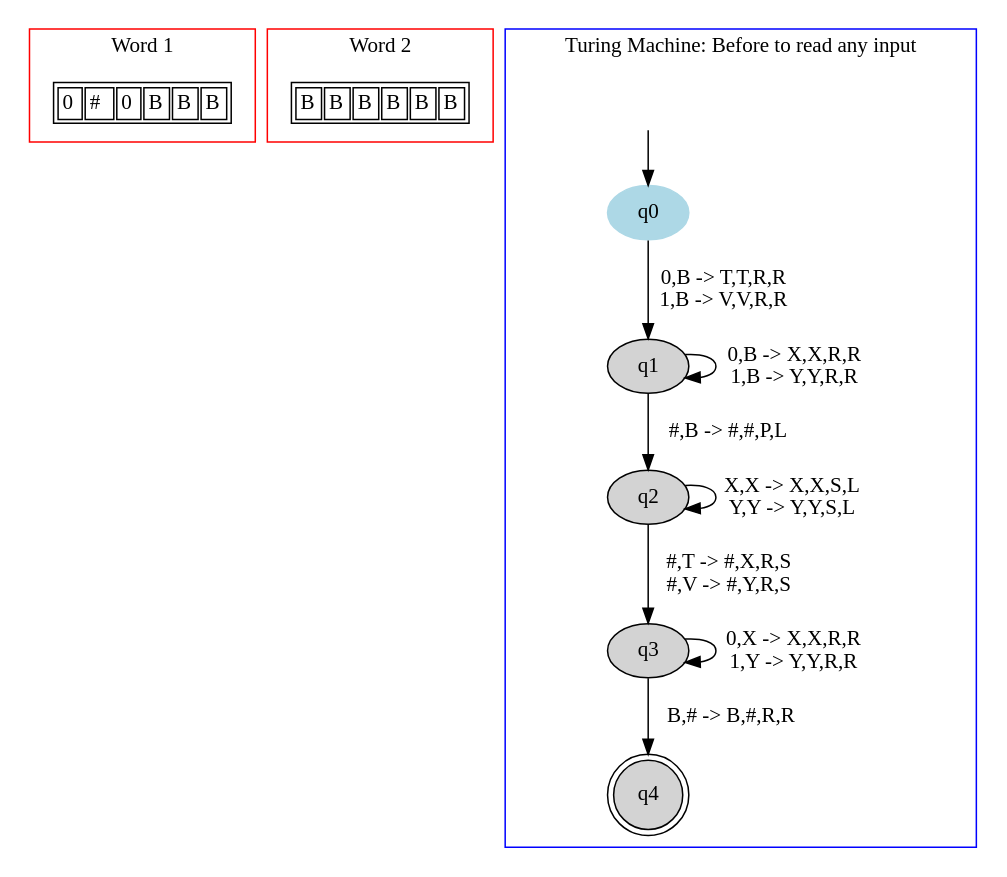
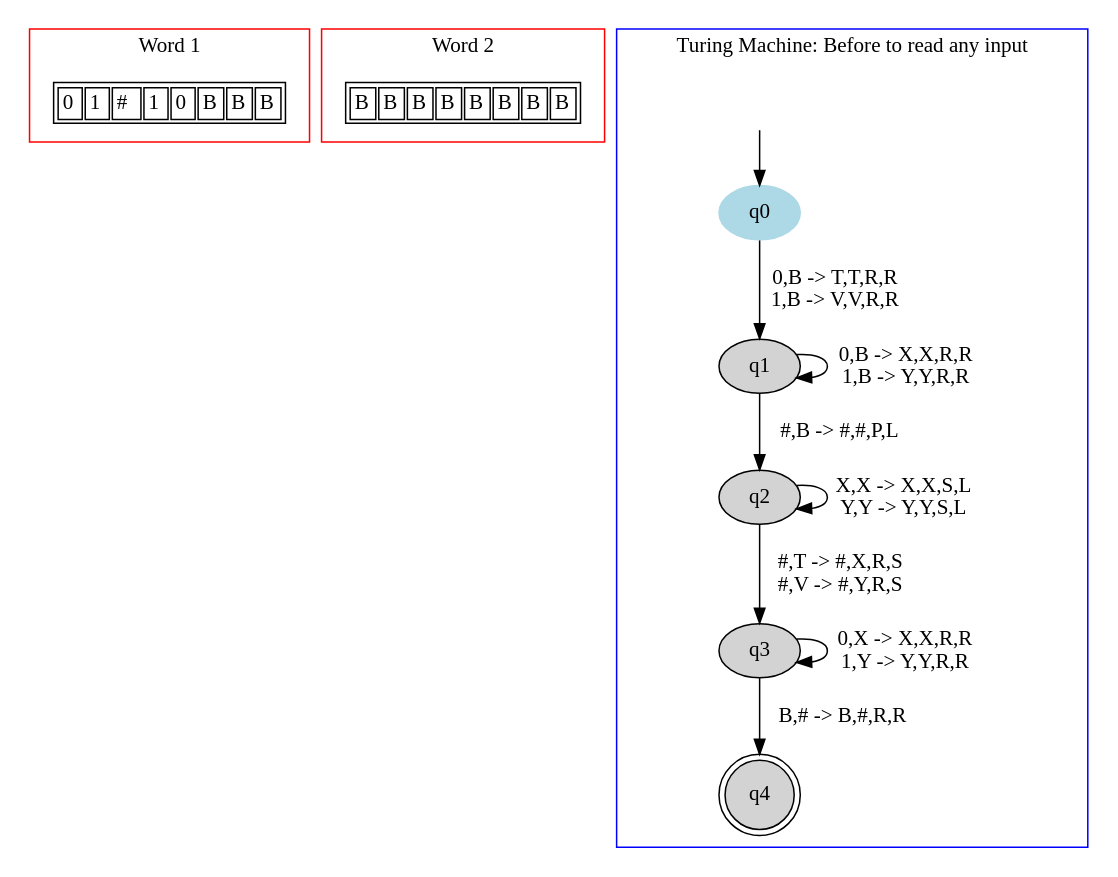
Before and after one commit to danielScLima/turing_machine_2_fitas: the diagram in TM2FITAS/images/file1.dot, drawn with Graphviz. The commit also changed 14 other files, not shown here.

```diff
--- a/TM2FITAS/images/file1.dot
+++ b/TM2FITAS/images/file1.dot
@@ -1,58 +1,62 @@
 digraph G {
 	subgraph cluster_0 {
 		node [shape=plaintext];
 
 struct1 [label=<<TABLE>
 <TR>
 <TD><FONT>0</FONT></TD>
+<TD><FONT>1</FONT></TD>
 <TD><FONT>#</FONT></TD>
+<TD><FONT>1</FONT></TD>
 <TD><FONT>0</FONT></TD>
 <TD><FONT>B</FONT></TD>
 <TD><FONT>B</FONT></TD>
 <TD><FONT>B</FONT></TD>
 </TR>
 </TABLE>>];
 label = "Word 1";
 color=red;
 }
 	subgraph cluster_2 {
 		node [shape=plaintext];
 
 struct2 [label=<<TABLE>
 <TR>
+<TD><FONT>B</FONT></TD>
+<TD><FONT>B</FONT></TD>
 <TD><FONT>B</FONT></TD>
 <TD><FONT>B</FONT></TD>
 <TD><FONT>B</FONT></TD>
 <TD><FONT>B</FONT></TD>
 <TD><FONT>B</FONT></TD>
 <TD><FONT>B</FONT></TD>
 </TR>
 </TABLE>>];
 label = "Word 2";
 color=red;
 }
 	subgraph cluster_1 {
 		node [style=filled];
 		label = "Turing Machine: Before to read any input"
 		color=blue;
 
 		q0 [color="lightblue"];
 		q1;
 		q2;
 		q3;
 		q4 [shape="doublecircle"];
 		q0->q1[label="0,B -> T,T,R,R
 1,B -> V,V,R,R"];
 		q1->q1[label="0,B -> X,X,R,R
 1,B -> Y,Y,R,R"];
 		q1->q2[label="#,B -> #,#,P,L"];
 		q2->q2[label="X,X -> X,X,S,L
 Y,Y -> Y,Y,S,L"];
 		q2->q3[label="#,T -> #,X,R,S
 #,V -> #,Y,R,S"];
 		q3->q3[label="0,X -> X,X,R,R
 1,Y -> Y,Y,R,R"];
 		q3->q4[label="B,# -> B,#,R,R"];
 x [color=white, label=""];		x->q0	}
 
 }
```
